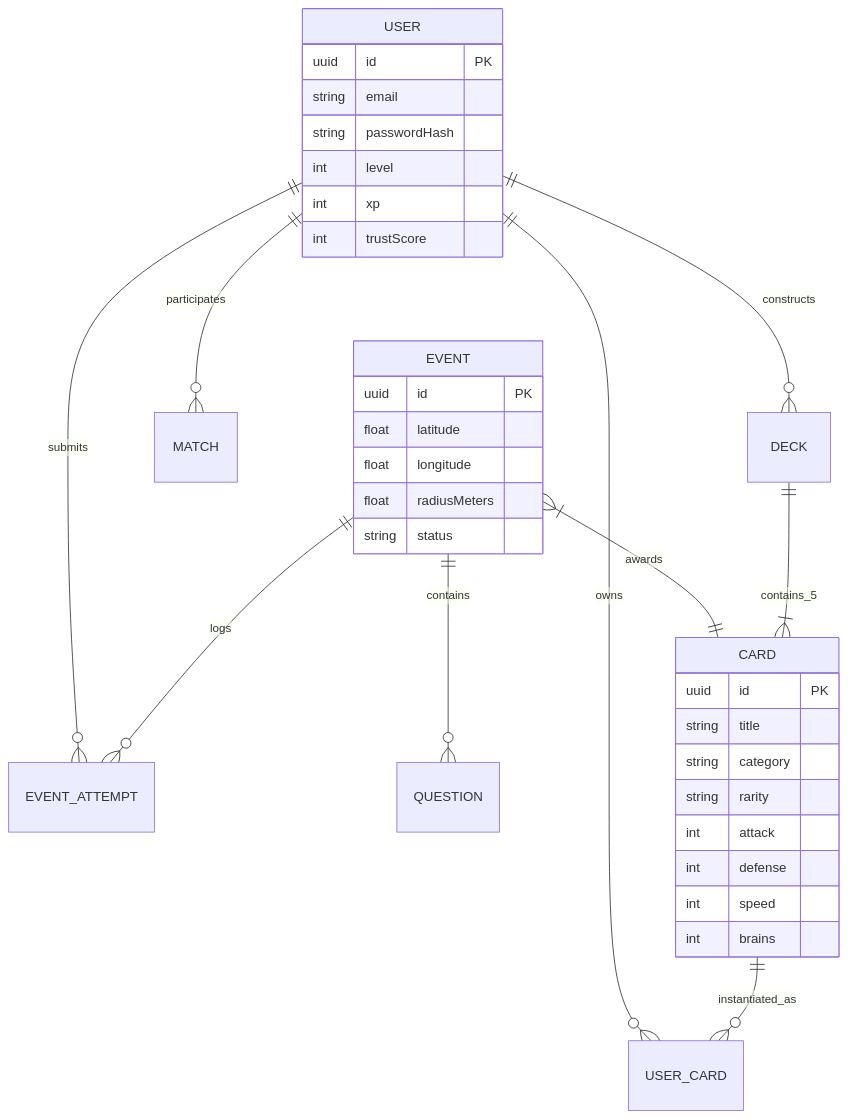
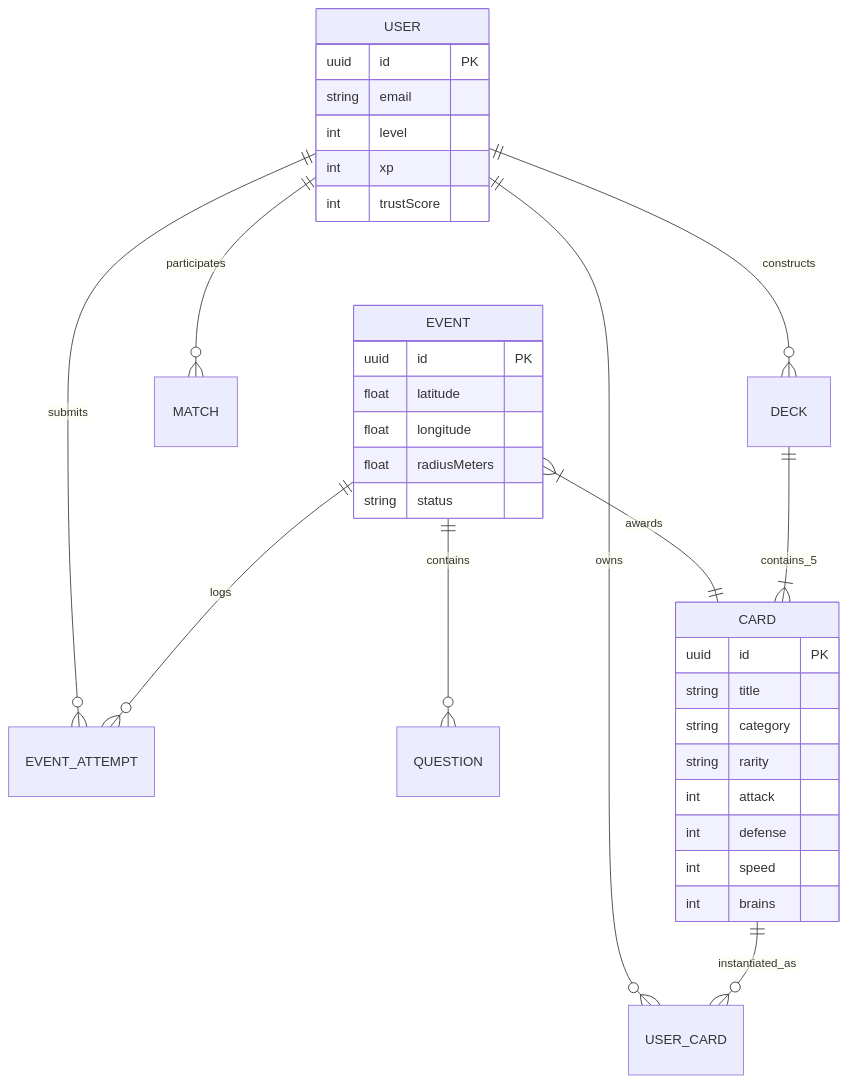
Before and after one commit to NkadimengKgothatso/-wits-quest: the diagram in docs/uml/04_erd_database_schema.md, drawn with Mermaid. The commit also changed 22 other files, not shown here.

````diff
--- a/docs/uml/04_erd_database_schema.md
+++ b/docs/uml/04_erd_database_schema.md
@@ -3,42 +3,41 @@
 ```mermaid
 erDiagram
     USER ||--o{ USER_CARD : owns
     USER ||--o{ DECK : constructs
     USER ||--o{ EVENT_ATTEMPT : submits
     USER ||--o{ MATCH : participates
 
     EVENT ||--o{ QUESTION : contains
     EVENT ||--o{ EVENT_ATTEMPT : logs
     EVENT }|--|| CARD : awards
 
     CARD ||--o{ USER_CARD : instantiated_as
     DECK ||--|{ CARD : contains_5
 
     USER {
         uuid id PK
         string email
-        string passwordHash
         int level
         int xp
         int trustScore
     }
 
     EVENT {
         uuid id PK
         float latitude
         float longitude
         float radiusMeters
         string status
     }
 
     CARD {
         uuid id PK
         string title
         string category
         string rarity
         int attack
         int defense
         int speed
         int brains
     }
 ```
````
